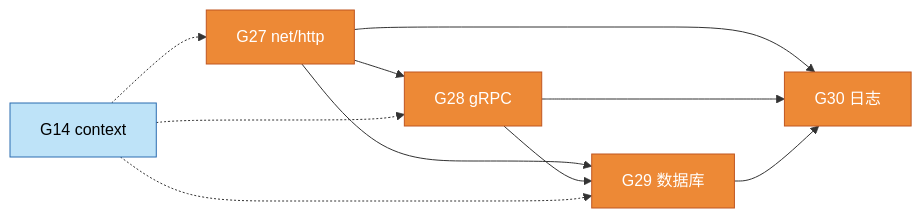
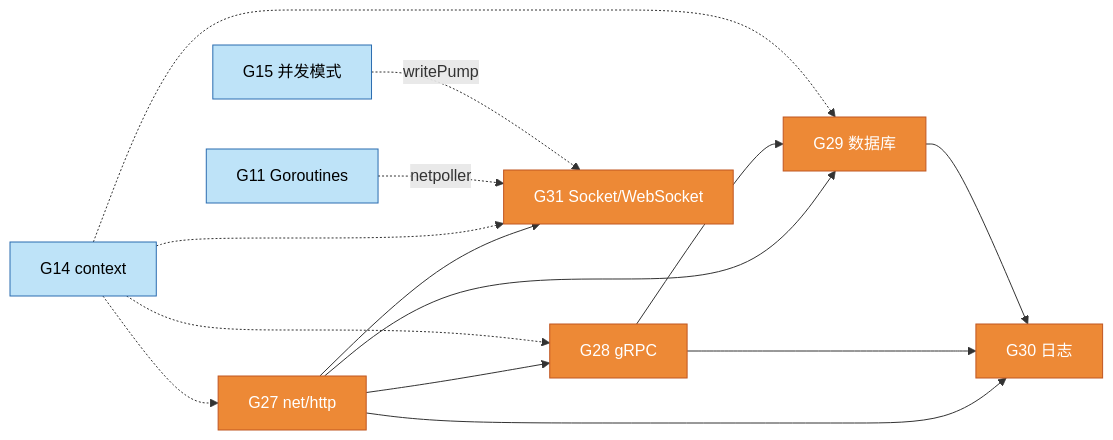
One commit to Kirby980/backend-handbook changed the seventh of 18 diagrams in golang/ROADMAP.md. Above: the diagram before and after it, drawn with Mermaid. The commit also changed other lines of this file and 9 other files, not shown here.

````diff
--- a/golang/ROADMAP.md
+++ b/golang/ROADMAP.md
@@ -204,17 +205,21 @@
 ```mermaid
 graph LR
     G27[G27 net/http] --> G28[G28 gRPC]
     G27 --> G29[G29 数据库]
     G28 --> G29
     G27 --> G30[G30 日志]
     G28 --> G30
     G29 --> G30
+    G27 --> G31[G31 Socket/WebSocket]
     G14[G14 context] -.-> G27
     G14 -.-> G28
     G14 -.-> G29
+    G14 -.-> G31
+    G11[G11 Goroutines] -.netpoller.-> G31
+    G15[G15 并发模式] -.writePump.-> G31
 
     classDef eco fill:#ed8936,stroke:#c05621,color:#fff
-    class G27,G28,G29,G30 eco
+    class G27,G28,G29,G30,G31 eco
     classDef ref fill:#bee3f8,stroke:#2b6cb0,color:#000
-    class G14 ref
+    class G14,G11,G15 ref
 ```
````
